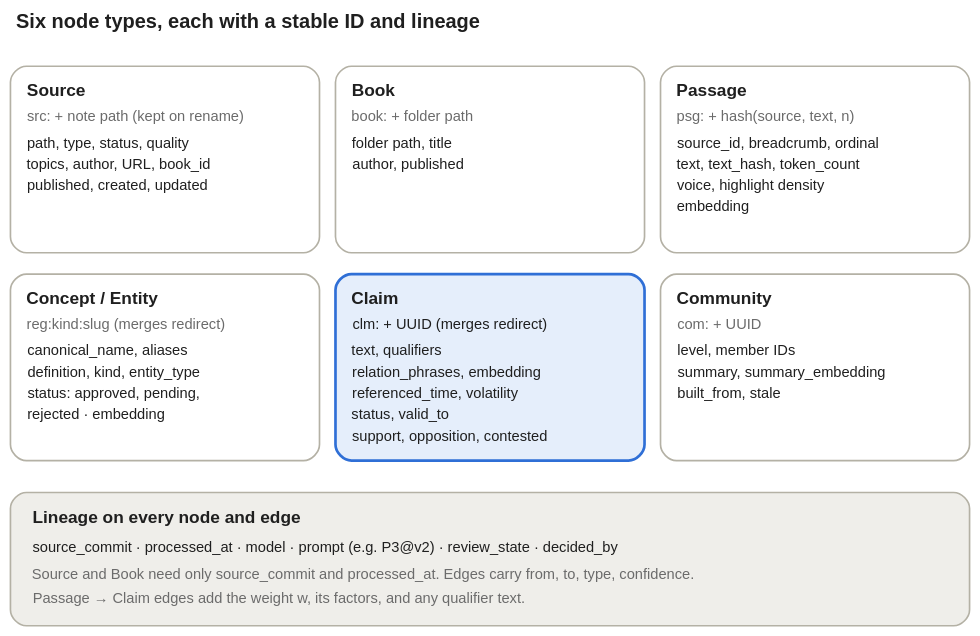
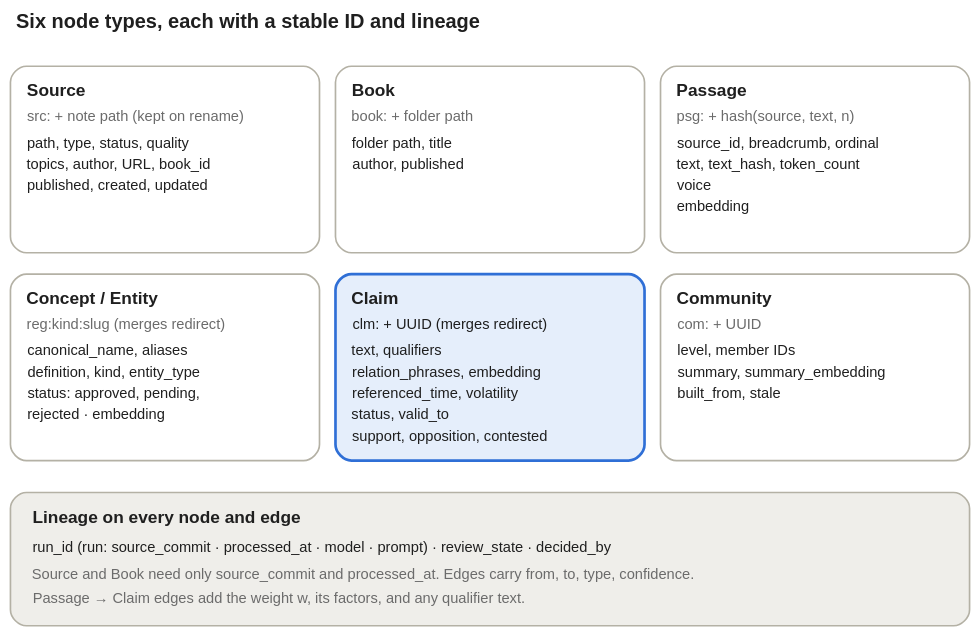
The second of 8 diagrams in 50 Graph/01 GraphRAG - Design Spec.md (domnasrabadi/Knowledge-Vault), drawn with Graphviz before and after one commit. The commit also changed other lines of this file and 1 other file, not shown here.

````diff
--- a/50 Graph/01 GraphRAG - Design Spec.md
+++ b/50 Graph/01 GraphRAG - Design Spec.md
@@ -223,54 +223,54 @@
 ```dot
 digraph "data-schema" {
   layout=neato; inputscale=72; notranslate=true; overlap=true; splines=line;
   outputorder=nodesfirst; bgcolor=transparent; pad=0.1;
   node [fontname="Helvetica"]; edge [arrowhead=none];
   t1 [shape=none margin=0 width=7.3681 height=0.3889 fixedsize=true label=<<TABLE BORDER="0" CELLPADDING="0" CELLSPACING="0"><TR><TD FIXEDSIZE="TRUE" WIDTH="526" HEIGHT="24" ALIGN="LEFT"><FONT FACE="Helvetica" POINT-SIZE="15" COLOR="#1f1f1f"><B>Six node types, each with a stable ID and lineage</B></FONT></TD></TR></TABLE>> pos="287.2,470.9!"];
   b2 [shape=box style="rounded" fillcolor="white" color="#b4b1a5" penwidth=1.25 width=3.2222 height=1.9444 fixedsize=true label="" pos="136.0,370.0!"];
   t3 [shape=none margin=0 width=0.9806 height=0.3444 fixedsize=true label=<<TABLE BORDER="0" CELLPADDING="0" CELLSPACING="0"><TR><TD FIXEDSIZE="TRUE" WIDTH="67" HEIGHT="21" ALIGN="LEFT"><FONT FACE="Helvetica" POINT-SIZE="13" COLOR="#1f1f1f"><B>Source</B></FONT></TD></TR></TABLE>> pos="65.3,420.3!"];
   t4 [shape=none margin=0 width=3.5956 height=0.3111 fixedsize=true label=<<TABLE BORDER="0" CELLPADDING="0" CELLSPACING="0"><TR><TD FIXEDSIZE="TRUE" WIDTH="255" HEIGHT="18" ALIGN="LEFT"><FONT FACE="Helvetica" POINT-SIZE="11.5" COLOR="#6b6b6b">src: + note path (kept on rename)</FONT></TD></TR></TABLE>> pos="159.4,401.8!"];
   t5 [shape=none margin=0 width=2.9822 height=0.3111 fixedsize=true label=<<TABLE BORDER="0" CELLPADDING="0" CELLSPACING="0"><TR><TD FIXEDSIZE="TRUE" WIDTH="211" HEIGHT="18" ALIGN="LEFT"><FONT FACE="Helvetica" POINT-SIZE="11.5" COLOR="#1f1f1f">path, type, status, quality</FONT></TD></TR></TABLE>> pos="137.4,381.8!"];
   t6 [shape=none margin=0 width=3.0844 height=0.3111 fixedsize=true label=<<TABLE BORDER="0" CELLPADDING="0" CELLSPACING="0"><TR><TD FIXEDSIZE="TRUE" WIDTH="218" HEIGHT="18" ALIGN="LEFT"><FONT FACE="Helvetica" POINT-SIZE="11.5" COLOR="#1f1f1f">topics, author, URL, book_id</FONT></TD></TR></TABLE>> pos="141.0,365.8!"];
   t7 [shape=none margin=0 width=2.9822 height=0.3111 fixedsize=true label=<<TABLE BORDER="0" CELLPADDING="0" CELLSPACING="0"><TR><TD FIXEDSIZE="TRUE" WIDTH="211" HEIGHT="18" ALIGN="LEFT"><FONT FACE="Helvetica" POINT-SIZE="11.5" COLOR="#1f1f1f">published, created, updated</FONT></TD></TR></TABLE>> pos="137.4,349.8!"];
   b8 [shape=box style="rounded" fillcolor="white" color="#b4b1a5" penwidth=1.25 width=3.2222 height=1.9444 fixedsize=true label="" pos="380.0,370.0!"];
   t9 [shape=none margin=0 width=0.7278 height=0.3444 fixedsize=true label=<<TABLE BORDER="0" CELLPADDING="0" CELLSPACING="0"><TR><TD FIXEDSIZE="TRUE" WIDTH="48" HEIGHT="21" ALIGN="LEFT"><FONT FACE="Helvetica" POINT-SIZE="13" COLOR="#1f1f1f"><B>Book</B></FONT></TD></TR></TABLE>> pos="300.2,420.3!"];
   t10 [shape=none margin=0 width=2.1644 height=0.3111 fixedsize=true label=<<TABLE BORDER="0" CELLPADDING="0" CELLSPACING="0"><TR><TD FIXEDSIZE="TRUE" WIDTH="152" HEIGHT="18" ALIGN="LEFT"><FONT FACE="Helvetica" POINT-SIZE="11.5" COLOR="#6b6b6b">book: + folder path</FONT></TD></TR></TABLE>> pos="351.9,401.8!"];
   t11 [shape=none margin=0 width=2.0622 height=0.3111 fixedsize=true label=<<TABLE BORDER="0" CELLPADDING="0" CELLSPACING="0"><TR><TD FIXEDSIZE="TRUE" WIDTH="144" HEIGHT="18" ALIGN="LEFT"><FONT FACE="Helvetica" POINT-SIZE="11.5" COLOR="#1f1f1f">folder path, title</FONT></TD></TR></TABLE>> pos="348.2,381.8!"];
   t12 [shape=none margin=0 width=1.9600 height=0.3111 fixedsize=true label=<<TABLE BORDER="0" CELLPADDING="0" CELLSPACING="0"><TR><TD FIXEDSIZE="TRUE" WIDTH="137" HEIGHT="18" ALIGN="LEFT"><FONT FACE="Helvetica" POINT-SIZE="11.5" COLOR="#1f1f1f">author, published</FONT></TD></TR></TABLE>> pos="344.6,365.8!"];
   b13 [shape=box style="rounded" fillcolor="white" color="#b4b1a5" penwidth=1.25 width=3.2222 height=1.9444 fixedsize=true label="" pos="624.0,370.0!"];
   t14 [shape=none margin=0 width=1.1069 height=0.3444 fixedsize=true label=<<TABLE BORDER="0" CELLPADDING="0" CELLSPACING="0"><TR><TD FIXEDSIZE="TRUE" WIDTH="76" HEIGHT="21" ALIGN="LEFT"><FONT FACE="Helvetica" POINT-SIZE="13" COLOR="#1f1f1f"><B>Passage</B></FONT></TD></TR></TABLE>> pos="557.9,420.3!"];
   t15 [shape=none margin=0 width=3.0844 height=0.3111 fixedsize=true label=<<TABLE BORDER="0" CELLPADDING="0" CELLSPACING="0"><TR><TD FIXEDSIZE="TRUE" WIDTH="218" HEIGHT="18" ALIGN="LEFT"><FONT FACE="Helvetica" POINT-SIZE="11.5" COLOR="#6b6b6b">psg: + hash(source, text, n)</FONT></TD></TR></TABLE>> pos="629.0,401.8!"];
   t16 [shape=none margin=0 width=3.2889 height=0.3111 fixedsize=true label=<<TABLE BORDER="0" CELLPADDING="0" CELLSPACING="0"><TR><TD FIXEDSIZE="TRUE" WIDTH="233" HEIGHT="18" ALIGN="LEFT"><FONT FACE="Helvetica" POINT-SIZE="11.5" COLOR="#1f1f1f">source_id, breadcrumb, ordinal</FONT></TD></TR></TABLE>> pos="636.4,381.8!"];
   t17 [shape=none margin=0 width=3.0844 height=0.3111 fixedsize=true label=<<TABLE BORDER="0" CELLPADDING="0" CELLSPACING="0"><TR><TD FIXEDSIZE="TRUE" WIDTH="218" HEIGHT="18" ALIGN="LEFT"><FONT FACE="Helvetica" POINT-SIZE="11.5" COLOR="#1f1f1f">text, text_hash, token_count</FONT></TD></TR></TABLE>> pos="629.0,365.8!"];
-  t18 [shape=none margin=0 width=2.6756 height=0.3111 fixedsize=true label=<<TABLE BORDER="0" CELLPADDING="0" CELLSPACING="0"><TR><TD FIXEDSIZE="TRUE" WIDTH="189" HEIGHT="18" ALIGN="LEFT"><FONT FACE="Helvetica" POINT-SIZE="11.5" COLOR="#1f1f1f">voice, highlight density</FONT></TD></TR></TABLE>> pos="614.3,349.8!"];
+  t18 [shape=none margin=0 width=2.6756 height=0.3111 fixedsize=true label=<<TABLE BORDER="0" CELLPADDING="0" CELLSPACING="0"><TR><TD FIXEDSIZE="TRUE" WIDTH="189" HEIGHT="18" ALIGN="LEFT"><FONT FACE="Helvetica" POINT-SIZE="11.5" COLOR="#1f1f1f">voice</FONT></TD></TR></TABLE>> pos="614.3,349.8!"];
   t19 [shape=none margin=0 width=1.1422 height=0.3111 fixedsize=true label=<<TABLE BORDER="0" CELLPADDING="0" CELLSPACING="0"><TR><TD FIXEDSIZE="TRUE" WIDTH="78" HEIGHT="18" ALIGN="LEFT"><FONT FACE="Helvetica" POINT-SIZE="11.5" COLOR="#1f1f1f">embedding</FONT></TD></TR></TABLE>> pos="559.1,333.8!"];
   b20 [shape=box style="rounded" fillcolor="white" color="#b4b1a5" penwidth=1.25 width=3.2222 height=1.9444 fixedsize=true label="" pos="136.0,214.0!"];
   t21 [shape=none margin=0 width=2.2444 height=0.3444 fixedsize=true label=<<TABLE BORDER="0" CELLPADDING="0" CELLSPACING="0"><TR><TD FIXEDSIZE="TRUE" WIDTH="158" HEIGHT="21" ALIGN="LEFT"><FONT FACE="Helvetica" POINT-SIZE="13" COLOR="#1f1f1f"><B>Concept / Entity</B></FONT></TD></TR></TABLE>> pos="110.8,264.3!"];
   t22 [shape=none margin=0 width=3.3911 height=0.3111 fixedsize=true label=<<TABLE BORDER="0" CELLPADDING="0" CELLSPACING="0"><TR><TD FIXEDSIZE="TRUE" WIDTH="240" HEIGHT="18" ALIGN="LEFT"><FONT FACE="Helvetica" POINT-SIZE="11.5" COLOR="#6b6b6b">reg:kind:slug (merges redirect)</FONT></TD></TR></TABLE>> pos="152.1,245.8!"];
   t23 [shape=none margin=0 width=2.5733 height=0.3111 fixedsize=true label=<<TABLE BORDER="0" CELLPADDING="0" CELLSPACING="0"><TR><TD FIXEDSIZE="TRUE" WIDTH="181" HEIGHT="18" ALIGN="LEFT"><FONT FACE="Helvetica" POINT-SIZE="11.5" COLOR="#1f1f1f">canonical_name, aliases</FONT></TD></TR></TABLE>> pos="122.6,225.8!"];
   t24 [shape=none margin=0 width=3.1867 height=0.3111 fixedsize=true label=<<TABLE BORDER="0" CELLPADDING="0" CELLSPACING="0"><TR><TD FIXEDSIZE="TRUE" WIDTH="225" HEIGHT="18" ALIGN="LEFT"><FONT FACE="Helvetica" POINT-SIZE="11.5" COLOR="#1f1f1f">definition, kind, entity_type</FONT></TD></TR></TABLE>> pos="144.7,209.8!"];
   t25 [shape=none margin=0 width=2.8800 height=0.3111 fixedsize=true label=<<TABLE BORDER="0" CELLPADDING="0" CELLSPACING="0"><TR><TD FIXEDSIZE="TRUE" WIDTH="203" HEIGHT="18" ALIGN="LEFT"><FONT FACE="Helvetica" POINT-SIZE="11.5" COLOR="#1f1f1f">status: approved, pending,</FONT></TD></TR></TABLE>> pos="133.7,193.8!"];
   t26 [shape=none margin=0 width=2.2667 height=0.3111 fixedsize=true label=<<TABLE BORDER="0" CELLPADDING="0" CELLSPACING="0"><TR><TD FIXEDSIZE="TRUE" WIDTH="159" HEIGHT="18" ALIGN="LEFT"><FONT FACE="Helvetica" POINT-SIZE="11.5" COLOR="#1f1f1f">rejected · embedding</FONT></TD></TR></TABLE>> pos="111.6,177.8!"];
   b27 [shape=box style="rounded,filled" fillcolor="#e5eefb" color="#2f6fd6" penwidth=2 width=3.2222 height=1.9444 fixedsize=true label="" pos="380.0,214.0!"];
   t28 [shape=none margin=0 width=0.8542 height=0.3444 fixedsize=true label=<<TABLE BORDER="0" CELLPADDING="0" CELLSPACING="0"><TR><TD FIXEDSIZE="TRUE" WIDTH="58" HEIGHT="21" ALIGN="LEFT"><FONT FACE="Helvetica" POINT-SIZE="13" COLOR="#1f1f1f"><B>Claim</B></FONT></TD></TR></TABLE>> pos="304.8,264.3!"];
   t29 [shape=none margin=0 width=3.1867 height=0.3111 fixedsize=true label=<<TABLE BORDER="0" CELLPADDING="0" CELLSPACING="0"><TR><TD FIXEDSIZE="TRUE" WIDTH="225" HEIGHT="18" ALIGN="LEFT"><FONT FACE="Helvetica" POINT-SIZE="11.5" COLOR="#1f1f1f">clm: + UUID (merges redirect)</FONT></TD></TR></TABLE>> pos="388.7,245.8!"];
   t30 [shape=none margin=0 width=1.8578 height=0.3111 fixedsize=true label=<<TABLE BORDER="0" CELLPADDING="0" CELLSPACING="0"><TR><TD FIXEDSIZE="TRUE" WIDTH="130" HEIGHT="18" ALIGN="LEFT"><FONT FACE="Helvetica" POINT-SIZE="11.5" COLOR="#1f1f1f">text, qualifiers</FONT></TD></TR></TABLE>> pos="340.9,225.8!"];
   t31 [shape=none margin=0 width=2.9822 height=0.3111 fixedsize=true label=<<TABLE BORDER="0" CELLPADDING="0" CELLSPACING="0"><TR><TD FIXEDSIZE="TRUE" WIDTH="211" HEIGHT="18" ALIGN="LEFT"><FONT FACE="Helvetica" POINT-SIZE="11.5" COLOR="#1f1f1f">relation_phrases, embedding</FONT></TD></TR></TABLE>> pos="381.4,209.8!"];
   t32 [shape=none margin=0 width=2.9822 height=0.3111 fixedsize=true label=<<TABLE BORDER="0" CELLPADDING="0" CELLSPACING="0"><TR><TD FIXEDSIZE="TRUE" WIDTH="211" HEIGHT="18" ALIGN="LEFT"><FONT FACE="Helvetica" POINT-SIZE="11.5" COLOR="#1f1f1f">referenced_time, volatility</FONT></TD></TR></TABLE>> pos="381.4,193.8!"];
   t33 [shape=none margin=0 width=1.8578 height=0.3111 fixedsize=true label=<<TABLE BORDER="0" CELLPADDING="0" CELLSPACING="0"><TR><TD FIXEDSIZE="TRUE" WIDTH="130" HEIGHT="18" ALIGN="LEFT"><FONT FACE="Helvetica" POINT-SIZE="11.5" COLOR="#1f1f1f">status, valid_to</FONT></TD></TR></TABLE>> pos="340.9,177.8!"];
   t34 [shape=none margin=0 width=3.2889 height=0.3111 fixedsize=true label=<<TABLE BORDER="0" CELLPADDING="0" CELLSPACING="0"><TR><TD FIXEDSIZE="TRUE" WIDTH="233" HEIGHT="18" ALIGN="LEFT"><FONT FACE="Helvetica" POINT-SIZE="11.5" COLOR="#1f1f1f">support, opposition, contested</FONT></TD></TR></TABLE>> pos="392.4,161.8!"];
   b35 [shape=box style="rounded" fillcolor="white" color="#b4b1a5" penwidth=1.25 width=3.2222 height=1.9444 fixedsize=true label="" pos="624.0,214.0!"];
   t36 [shape=none margin=0 width=1.3597 height=0.3444 fixedsize=true label=<<TABLE BORDER="0" CELLPADDING="0" CELLSPACING="0"><TR><TD FIXEDSIZE="TRUE" WIDTH="94" HEIGHT="21" ALIGN="LEFT"><FONT FACE="Helvetica" POINT-SIZE="13" COLOR="#1f1f1f"><B>Community</B></FONT></TD></TR></TABLE>> pos="567.0,264.3!"];
   t37 [shape=none margin=0 width=1.3467 height=0.3111 fixedsize=true label=<<TABLE BORDER="0" CELLPADDING="0" CELLSPACING="0"><TR><TD FIXEDSIZE="TRUE" WIDTH="93" HEIGHT="18" ALIGN="LEFT"><FONT FACE="Helvetica" POINT-SIZE="11.5" COLOR="#6b6b6b">com: + UUID</FONT></TD></TR></TABLE>> pos="566.5,245.8!"];
   t38 [shape=none margin=0 width=1.9600 height=0.3111 fixedsize=true label=<<TABLE BORDER="0" CELLPADDING="0" CELLSPACING="0"><TR><TD FIXEDSIZE="TRUE" WIDTH="137" HEIGHT="18" ALIGN="LEFT"><FONT FACE="Helvetica" POINT-SIZE="11.5" COLOR="#1f1f1f">level, member IDs</FONT></TD></TR></TABLE>> pos="588.6,225.8!"];
   t39 [shape=none margin=0 width=2.8800 height=0.3111 fixedsize=true label=<<TABLE BORDER="0" CELLPADDING="0" CELLSPACING="0"><TR><TD FIXEDSIZE="TRUE" WIDTH="203" HEIGHT="18" ALIGN="LEFT"><FONT FACE="Helvetica" POINT-SIZE="11.5" COLOR="#1f1f1f">summary, summary_embedding</FONT></TD></TR></TABLE>> pos="621.7,209.8!"];
   t40 [shape=none margin=0 width=1.9600 height=0.3111 fixedsize=true label=<<TABLE BORDER="0" CELLPADDING="0" CELLSPACING="0"><TR><TD FIXEDSIZE="TRUE" WIDTH="137" HEIGHT="18" ALIGN="LEFT"><FONT FACE="Helvetica" POINT-SIZE="11.5" COLOR="#1f1f1f">built_from, stale</FONT></TD></TR></TABLE>> pos="588.6,193.8!"];
   b41 [shape=box style="rounded,filled" fillcolor="#efeeea" color="#b4b1a5" penwidth=1.25 width=10.0000 height=1.3889 fixedsize=true label="" pos="380.0,70.0!"];
   t42 [shape=none margin=0 width=4.0139 height=0.3444 fixedsize=true label=<<TABLE BORDER="0" CELLPADDING="0" CELLSPACING="0"><TR><TD FIXEDSIZE="TRUE" WIDTH="285" HEIGHT="21" ALIGN="LEFT"><FONT FACE="Helvetica" POINT-SIZE="13" COLOR="#1f1f1f"><B>Lineage on every node and edge</B></FONT></TD></TR></TABLE>> pos="178.5,100.3!"];
-  t43 [shape=none margin=0 width=9.0133 height=0.3111 fixedsize=true label=<<TABLE BORDER="0" CELLPADDING="0" CELLSPACING="0"><TR><TD FIXEDSIZE="TRUE" WIDTH="645" HEIGHT="18" ALIGN="LEFT"><FONT FACE="Helvetica" POINT-SIZE="11.5" COLOR="#1f1f1f">source_commit · processed_at · model · prompt (e.g. P3@v2) · review_state · decided_by</FONT></TD></TR></TABLE>> pos="358.5,77.8!"];
+  t43 [shape=none margin=0 width=9.0133 height=0.3111 fixedsize=true label=<<TABLE BORDER="0" CELLPADDING="0" CELLSPACING="0"><TR><TD FIXEDSIZE="TRUE" WIDTH="645" HEIGHT="18" ALIGN="LEFT"><FONT FACE="Helvetica" POINT-SIZE="11.5" COLOR="#1f1f1f">run_id (run: source_commit · processed_at · model · prompt) · review_state · decided_by</FONT></TD></TR></TABLE>> pos="358.5,77.8!"];
   t44 [shape=none margin=0 width=10.0833 height=0.3111 fixedsize=true label=<<TABLE BORDER="0" CELLPADDING="0" CELLSPACING="0"><TR><TD FIXEDSIZE="TRUE" WIDTH="722" HEIGHT="18" ALIGN="LEFT"><FONT FACE="Helvetica" POINT-SIZE="11.5" COLOR="#6b6b6b">Source and Book need only source_commit and processed_at. Edges carry from, to, type, confidence.</FONT></TD></TR></TABLE>> pos="397.0,57.8!"];
   t45 [shape=none margin=0 width=7.9911 height=0.3111 fixedsize=true label=<<TABLE BORDER="0" CELLPADDING="0" CELLSPACING="0"><TR><TD FIXEDSIZE="TRUE" WIDTH="571" HEIGHT="18" ALIGN="LEFT"><FONT FACE="Helvetica" POINT-SIZE="11.5" COLOR="#6b6b6b">Passage → Claim edges add the weight w, its factors, and any qualifier text.</FONT></TD></TR></TABLE>> pos="321.7,39.8!"];
   p46 [shape=point width=0.001 height=0.001 style=invis pos="0.0,496.0!"];
   p47 [shape=point width=0.001 height=0.001 style=invis pos="760.0,0.0!"];
 }
 ```
````
